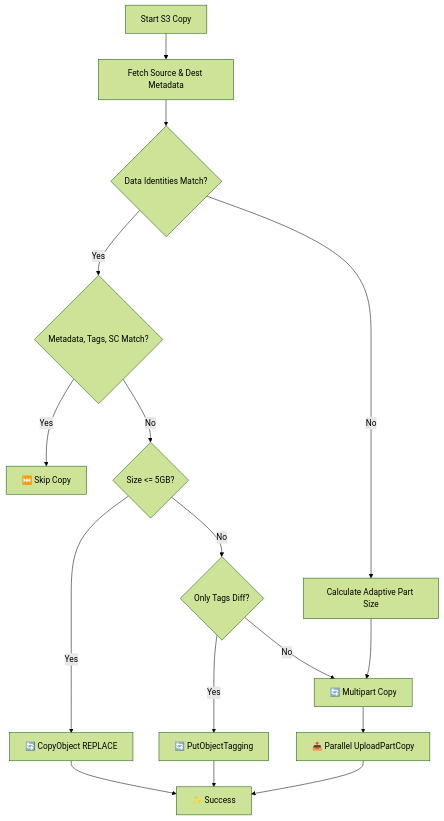
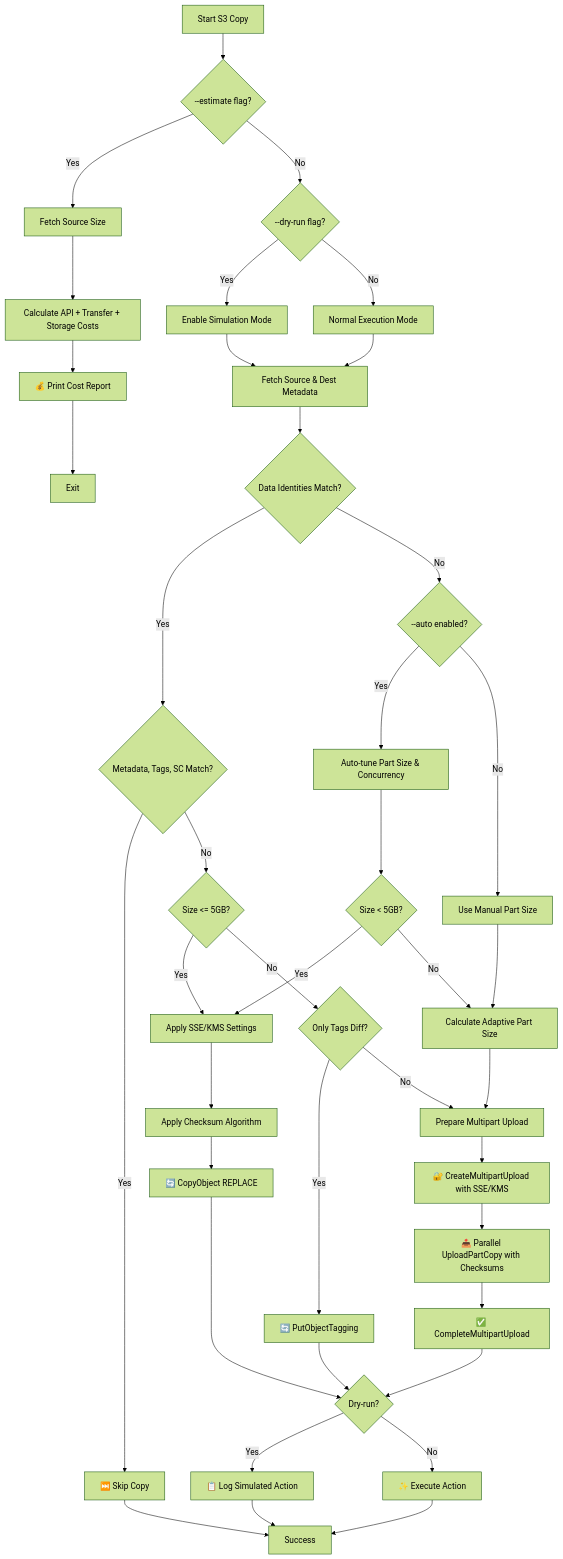
Before and after one commit to bartleboeuf/s3_largecopy: the diagram in README.md, drawn with Mermaid (forest theme). The commit also changed other lines of this file and 12 other files, not shown here.

First line of the commit message:
feat(core): Add cost estimation, KMS support, and dry-run mode

````diff
--- a/README.md
+++ b/README.md
@@ -137,23 +272,58 @@
 ```mermaid
 graph TD
-    Start[Start S3 Copy] --> FetchMeta[Fetch Source & Dest Metadata]
+    Start[Start S3 Copy] --> EstimateMode{--estimate flag?}
+    
+    EstimateMode -->|Yes| FetchSize[Fetch Source Size]
+    FetchSize --> CalcCost[Calculate API + Transfer + Storage Costs]
+    CalcCost --> PrintEstimate[💰 Print Cost Report]
+    PrintEstimate --> Exit[Exit]
+    
+    EstimateMode -->|No| DryRunCheck{--dry-run flag?}
+    DryRunCheck -->|Yes| SetDryRun[Enable Simulation Mode]
+    DryRunCheck -->|No| SetNormal[Normal Execution Mode]
+    
+    SetDryRun --> FetchMeta[Fetch Source & Dest Metadata]
+    SetNormal --> FetchMeta
+    
     FetchMeta --> IdentityCheck{Data Identities Match?}
     
     IdentityCheck -->|Yes| PropertyCheck{Metadata, Tags, SC Match?}
-    IdentityCheck -->|No| AdaptiveSize[Calculate Adaptive Part Size]
-
+    IdentityCheck -->|No| AutoMode{--auto enabled?}
+    
     PropertyCheck -->|Yes| Skip[⏭️ Skip Copy]
     PropertyCheck -->|No| SizeLimit{Size <= 5GB?}
-
-    SizeLimit -->|Yes| CopyObj[🔄 CopyObject REPLACE]
+    
+    SizeLimit -->|Yes| ApplyEncryption[Apply SSE/KMS Settings]
+    ApplyEncryption --> ApplyChecksum[Apply Checksum Algorithm]
+    ApplyChecksum --> CopyObj[🔄 CopyObject REPLACE]
+    
     SizeLimit -->|No| OnlyTags{Only Tags Diff?}
     
     OnlyTags -->|Yes| PutTags[🔄 PutObjectTagging]
-    OnlyTags -->|No| Multipart[🔄 Multipart Copy]
-
-    AdaptiveSize --> Multipart
-    CopyObj --> Complete[✨ Success]
-    PutTags --> Complete
-    Multipart --> ParallelCopy[📤 Parallel UploadPartCopy]
-    ParallelCopy --> Complete
+    OnlyTags -->|No| MultipartPrep[Prepare Multipart Upload]
+    
+    AutoMode -->|Yes| AutoTune[Auto-tune Part Size & Concurrency]
+    AutoMode -->|No| ManualSize[Use Manual Part Size]
+    
+    AutoTune --> InstantCheck{Size < 5GB?}
+    InstantCheck -->|Yes| ApplyEncryption
+    InstantCheck -->|No| AdaptiveSize[Calculate Adaptive Part Size]
+    
+    ManualSize --> AdaptiveSize
+    AdaptiveSize --> MultipartPrep
+    
+    MultipartPrep --> InitMP[🔐 CreateMultipartUpload with SSE/KMS]
+    InitMP --> ParallelCopy[📤 Parallel UploadPartCopy with Checksums]
+    ParallelCopy --> CompleteMP[✅ CompleteMultipartUpload]
+    
+    CopyObj --> Verify{Dry-run?}
+    PutTags --> Verify
+    CompleteMP --> Verify
+    
+    Verify -->|Yes| SimComplete[📋 Log Simulated Action]
+    Verify -->|No| RealComplete[✨ Execute Action]
+    
+    SimComplete --> Complete[Success]
+    RealComplete --> Complete
+    Skip --> Complete
 ```
````
